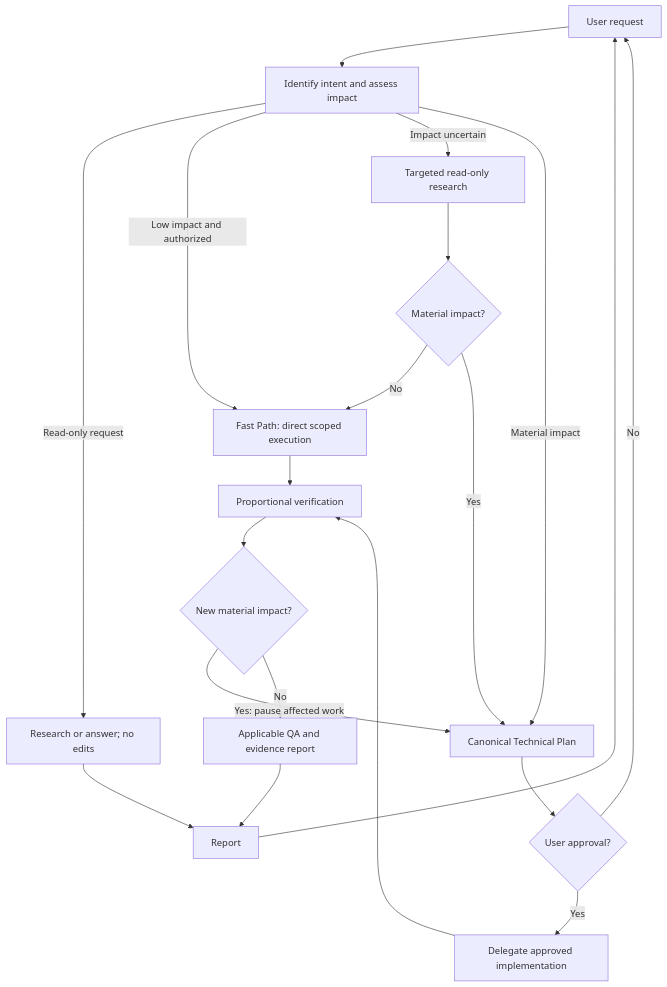
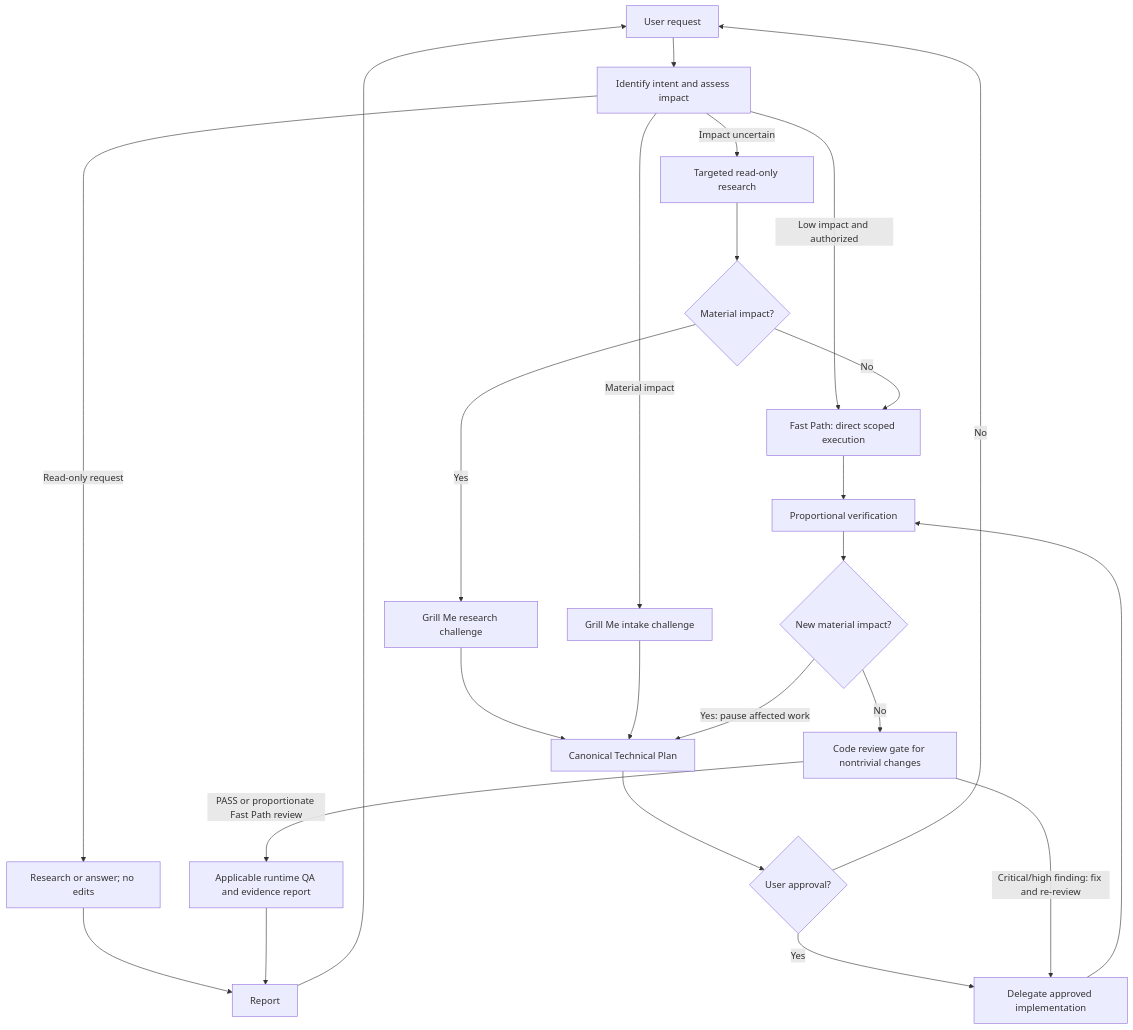
One commit to rifqicode/my-ai-setup changed the diagram in docs/agent-handoff-and-execution.md. Above: the diagram before and after it, drawn with Mermaid. The commit also changed other lines of this file and 14 other files, not shown here.

First line of the commit message:
Merge pull request #6 from rifqicode/feat/grill-me-code-review-gates

````diff
--- a/docs/agent-handoff-and-execution.md
+++ b/docs/agent-handoff-and-execution.md
@@ -49,22 +51,26 @@
 ```mermaid
 flowchart TD
     U[User request] --> O[Identify intent and assess impact]
     O -->|Read-only request| D[Research or answer; no edits]
     O -->|Low impact and authorized| F[Fast Path: direct scoped execution]
     O -->|Impact uncertain| R[Targeted read-only research]
     R --> G{Material impact?}
     G -->|No| F
-    G -->|Yes| P[Canonical Technical Plan]
-    O -->|Material impact| P
+    G -->|Yes| H[Grill Me research challenge]
+    H --> P[Canonical Technical Plan]
+    O -->|Material impact| I[Grill Me intake challenge]
+    I --> P
     P --> A{User approval?}
     A -->|No| U
     A -->|Yes| E[Delegate approved implementation]
     F --> V[Proportional verification]
     E --> V
     V --> K{New material impact?}
     K -->|Yes: pause affected work| P
-    K -->|No| Q[Applicable QA and evidence report]
+    K -->|No| C[Code review gate for nontrivial changes]
+    C -->|Critical/high finding: fix and re-review| E
+    C -->|PASS or proportionate Fast Path review| Q[Applicable runtime QA and evidence report]
     D --> X[Report]
     Q --> X
     X --> U
 ```
````
